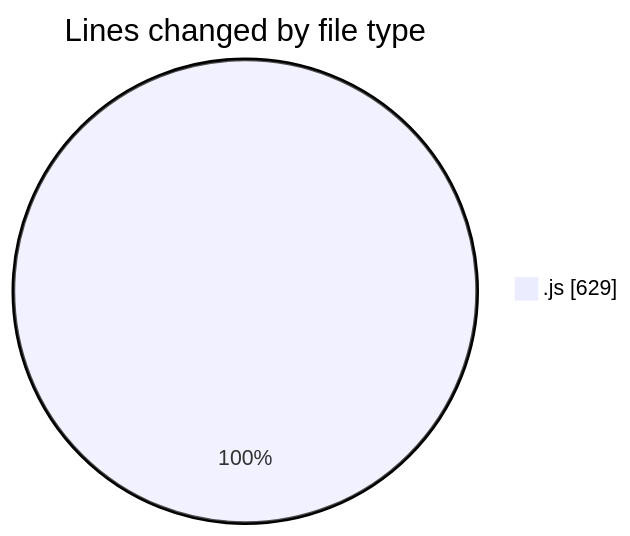
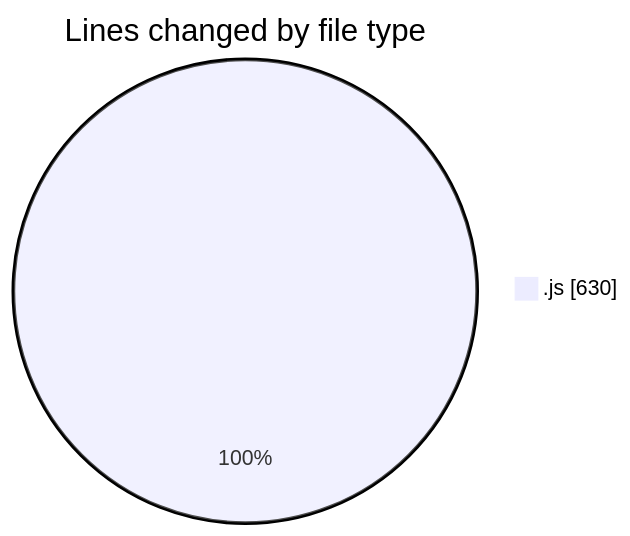
Before and after one commit to nxtqubesakshisongat/code-tracking: the first of 2 diagrams in 2025-09-04/nxtqube_webapp/README.md, drawn with Mermaid. The commit also changed other lines of this file and 1 other file, not shown here.

````diff
--- a/2025-09-04/nxtqube_webapp/README.md
+++ b/2025-09-04/nxtqube_webapp/README.md
@@ -20,5 +20,5 @@
 ```mermaid
 pie showData
 title Lines changed by file type
-".js" : 629
+".js" : 630
 ```
````
